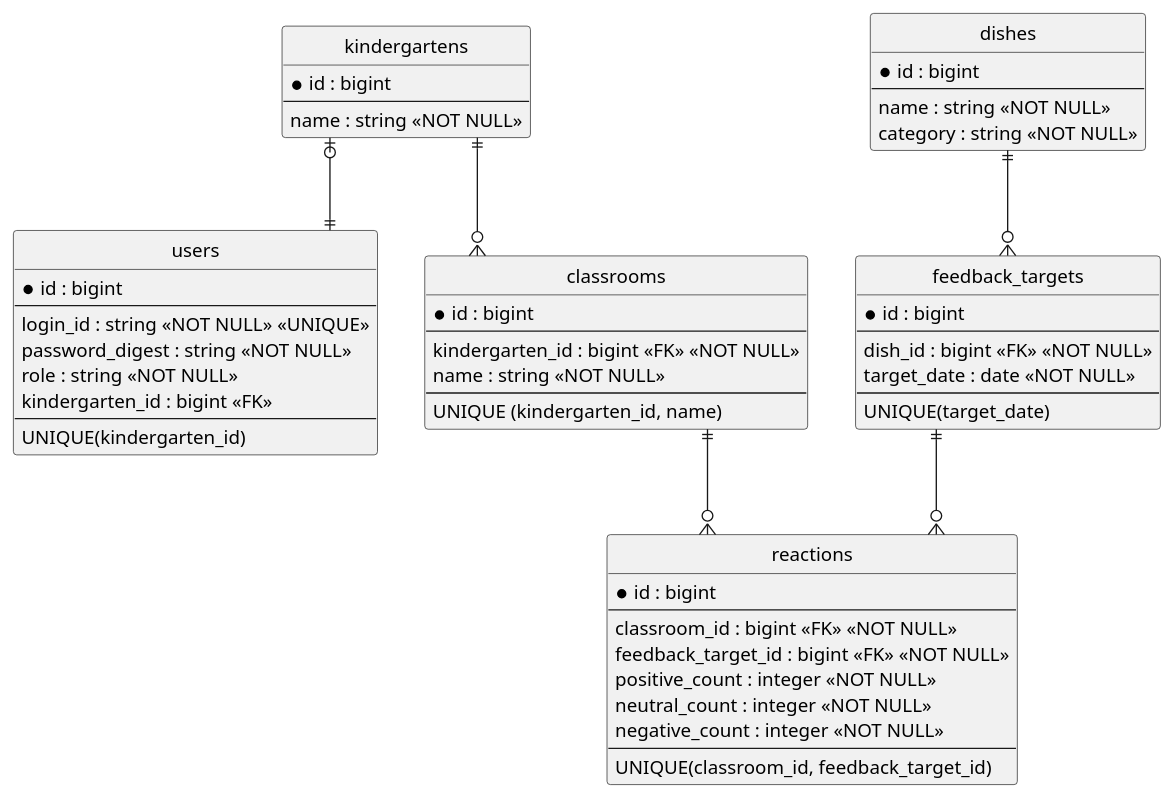
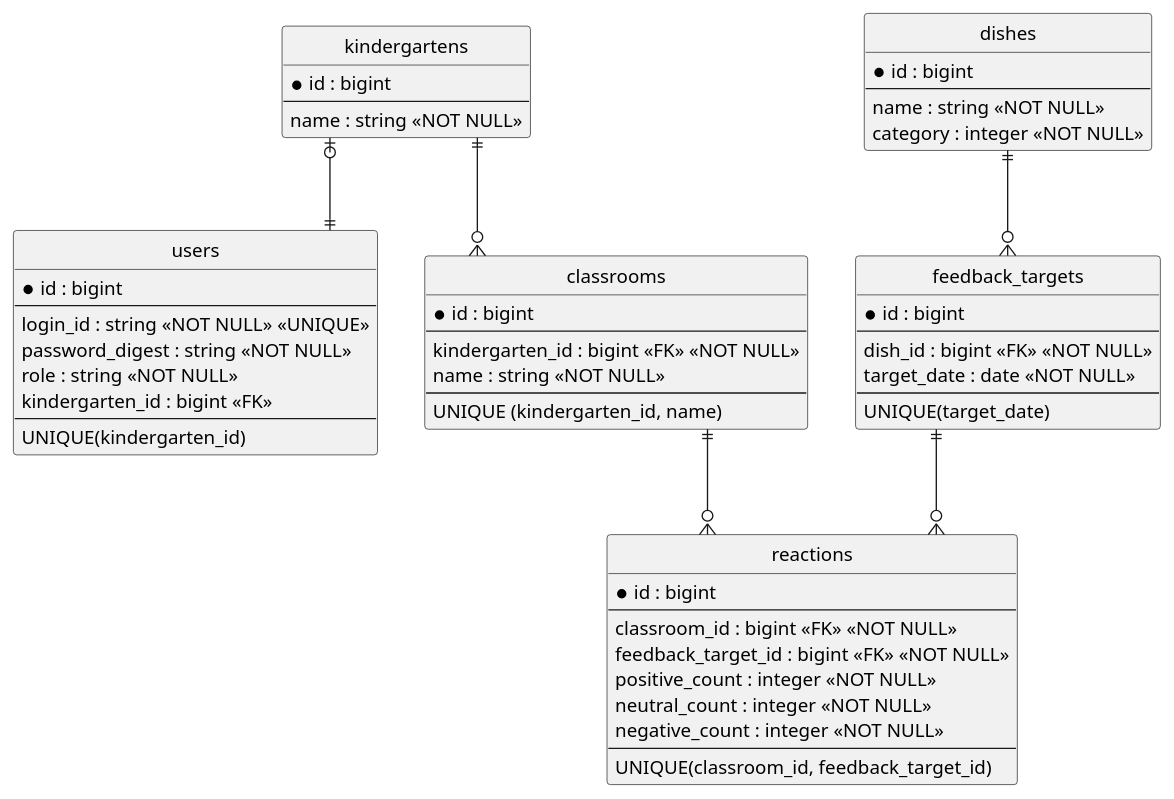
The diagram in er_diagram_docs/er_diagram.puml (XX318philia/kyushoku_reaction_app), drawn with PlantUML before and after one commit. The commit also changed 2 other files, not shown here.

```diff
--- a/er_diagram_docs/er_diagram.puml
+++ b/er_diagram_docs/er_diagram.puml
@@ -1,69 +1,69 @@
 @startuml
 
 hide circle
 skinparam linetype ortho
 
 entity "users" as users {
   * id : bigint
   --
   login_id : string <<NOT NULL>> <<UNIQUE>>
   password_digest : string <<NOT NULL>>
   role : string <<NOT NULL>>
   kindergarten_id : bigint <<FK>>
   --
   UNIQUE(kindergarten_id)
 }
 
 entity "kindergartens" as kindergartens {
   * id : bigint
   --
   name : string <<NOT NULL>>
 }
 
 kindergartens |o--|| users
 
 entity "classrooms" as classrooms {
   * id : bigint
   --
   kindergarten_id : bigint <<FK>> <<NOT NULL>>
   name : string <<NOT NULL>>
   --
   UNIQUE (kindergarten_id, name)
 }
 
 kindergartens ||--o{ classrooms
 
 entity "dishes" as dishes {
   * id : bigint
   --
 name : string <<NOT NULL>>
-category : string <<NOT NULL>>
+category : integer <<NOT NULL>>
 }
 
 entity "feedback_targets" as feedback_targets {
   * id : bigint
   --
   dish_id : bigint <<FK>> <<NOT NULL>>
   target_date : date <<NOT NULL>>
   --
   UNIQUE(target_date)
 }
 
 dishes ||--o{ feedback_targets
 
 entity "reactions" as reactions {
   * id : bigint
   --
   classroom_id : bigint <<FK>> <<NOT NULL>>
   feedback_target_id : bigint <<FK>> <<NOT NULL>>
   positive_count : integer <<NOT NULL>>
   neutral_count : integer <<NOT NULL>>
   negative_count : integer <<NOT NULL>>
   --
   UNIQUE(classroom_id, feedback_target_id)
 }
 
 classrooms ||--o{ reactions
 feedback_targets ||--o{ reactions
 
 @enduml
```
